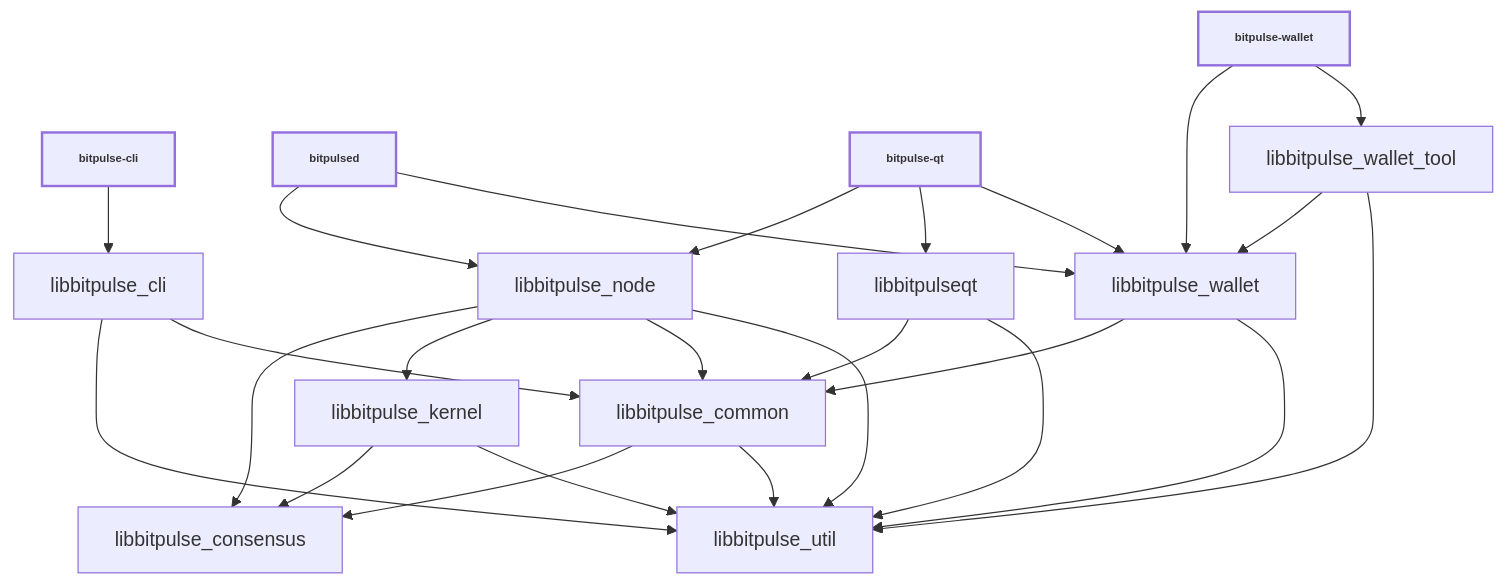
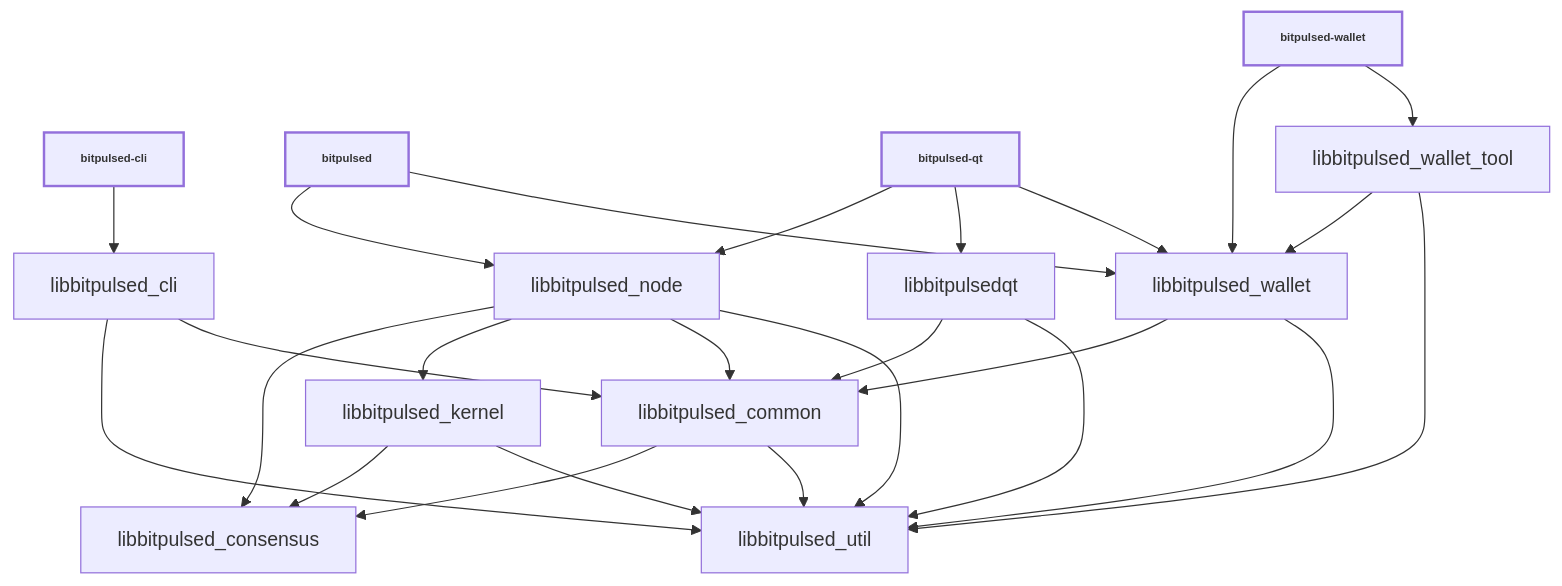
The diagram in doc/design/libraries.md (BigOunceChristo/bitpulse), drawn with Mermaid before and after one commit. The commit also changed other lines of this file and 1929 other files, not shown here.

````diff
--- a/doc/design/libraries.md
+++ b/doc/design/libraries.md
@@ -36,44 +36,44 @@
 ```mermaid
 
 %%{ init : { "flowchart" : { "curve" : "basis" }}}%%
 
 graph TD;
 
-bitpulse-cli[bitpulse-cli]-->libbitpulse_cli;
+bitpulsed-cli[bitpulsed-cli]-->libbitpulsed_cli;
 
-bitpulsed[bitpulsed]-->libbitpulse_node;
-bitpulsed[bitpulsed]-->libbitpulse_wallet;
+bitpulsed[bitpulsed]-->libbitpulsed_node;
+bitpulsed[bitpulsed]-->libbitpulsed_wallet;
 
-bitpulse-qt[bitpulse-qt]-->libbitpulse_node;
-bitpulse-qt[bitpulse-qt]-->libbitpulseqt;
-bitpulse-qt[bitpulse-qt]-->libbitpulse_wallet;
+bitpulsed-qt[bitpulsed-qt]-->libbitpulsed_node;
+bitpulsed-qt[bitpulsed-qt]-->libbitpulsedqt;
+bitpulsed-qt[bitpulsed-qt]-->libbitpulsed_wallet;
 
-bitpulse-wallet[bitpulse-wallet]-->libbitpulse_wallet;
-bitpulse-wallet[bitpulse-wallet]-->libbitpulse_wallet_tool;
+bitpulsed-wallet[bitpulsed-wallet]-->libbitpulsed_wallet;
+bitpulsed-wallet[bitpulsed-wallet]-->libbitpulsed_wallet_tool;
 
-libbitpulse_cli-->libbitpulse_util;
-libbitpulse_cli-->libbitpulse_common;
+libbitpulsed_cli-->libbitpulsed_util;
+libbitpulsed_cli-->libbitpulsed_common;
 
-libbitpulse_common-->libbitpulse_consensus;
-libbitpulse_common-->libbitpulse_util;
+libbitpulsed_common-->libbitpulsed_consensus;
+libbitpulsed_common-->libbitpulsed_util;
 
-libbitpulse_kernel-->libbitpulse_consensus;
-libbitpulse_kernel-->libbitpulse_util;
+libbitpulsed_kernel-->libbitpulsed_consensus;
+libbitpulsed_kernel-->libbitpulsed_util;
 
-libbitpulse_node-->libbitpulse_consensus;
-libbitpulse_node-->libbitpulse_kernel;
-libbitpulse_node-->libbitpulse_common;
-libbitpulse_node-->libbitpulse_util;
+libbitpulsed_node-->libbitpulsed_consensus;
+libbitpulsed_node-->libbitpulsed_kernel;
+libbitpulsed_node-->libbitpulsed_common;
+libbitpulsed_node-->libbitpulsed_util;
 
-libbitpulseqt-->libbitpulse_common;
-libbitpulseqt-->libbitpulse_util;
+libbitpulsedqt-->libbitpulsed_common;
+libbitpulsedqt-->libbitpulsed_util;
 
-libbitpulse_wallet-->libbitpulse_common;
-libbitpulse_wallet-->libbitpulse_util;
+libbitpulsed_wallet-->libbitpulsed_common;
+libbitpulsed_wallet-->libbitpulsed_util;
 
-libbitpulse_wallet_tool-->libbitpulse_wallet;
-libbitpulse_wallet_tool-->libbitpulse_util;
+libbitpulsed_wallet_tool-->libbitpulsed_wallet;
+libbitpulsed_wallet_tool-->libbitpulsed_util;
 
 classDef bold stroke-width:2px, font-weight:bold, font-size: smaller;
-class bitpulse-qt,bitpulsed,bitpulse-cli,bitpulse-wallet bold
+class bitpulsed-qt,bitpulsed,bitpulsed-cli,bitpulsed-wallet bold
 ```
````
